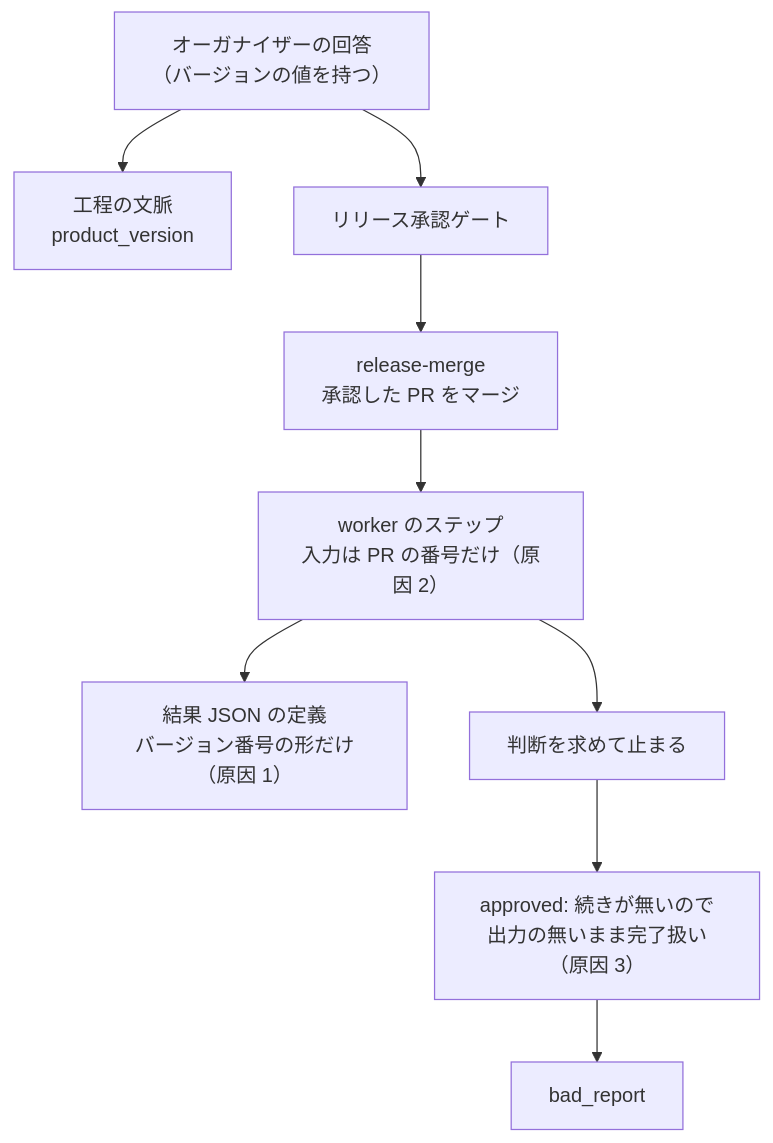
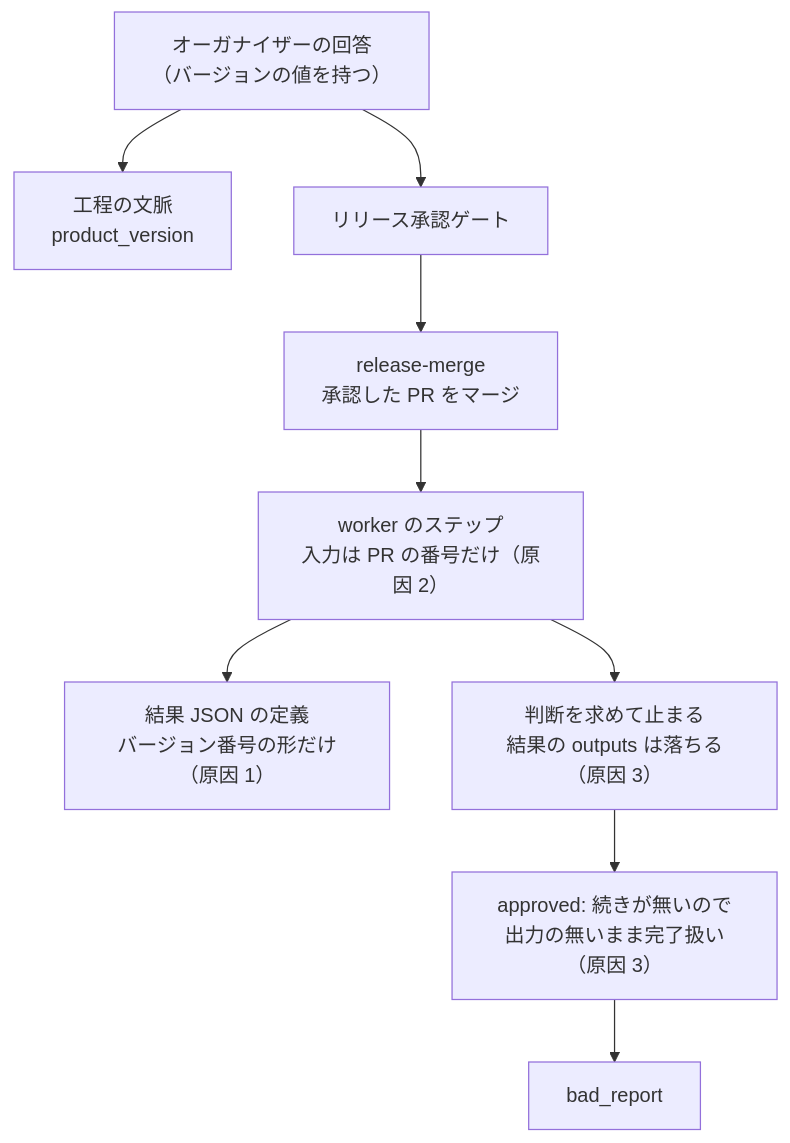
The first of 3 diagrams in issues/issue-4513-design.md (devbasex/ai-plugins), drawn with Mermaid before and after one commit. The commit also changed other lines of this file and 1 other file, not shown here.

````diff
--- a/issues/issue-4513-design.md
+++ b/issues/issue-4513-design.md
@@ -9,11 +24,11 @@
 ```mermaid
 graph TD
   org["オーガナイザーの回答<br>（バージョンの値を持つ）"] --> ctx["工程の文脈<br>product_version"]
   org --> gate["リリース承認ゲート"]
   gate --> merge["release-merge<br>承認した PR をマージ"]
   merge --> worker["worker のステップ<br>入力は PR の番号だけ（原因 2）"]
   worker --> schema["結果 JSON の定義<br>バージョン番号の形だけ（原因 1）"]
-  worker --> ask["判断を求めて止まる"]
+  worker --> ask["判断を求めて止まる<br>結果の outputs は落ちる（原因 3）"]
   ask --> ok["approved: 続きが無いので<br>出力の無いまま完了扱い（原因 3）"]
   ok --> bad["bad_report"]
 ```
````
